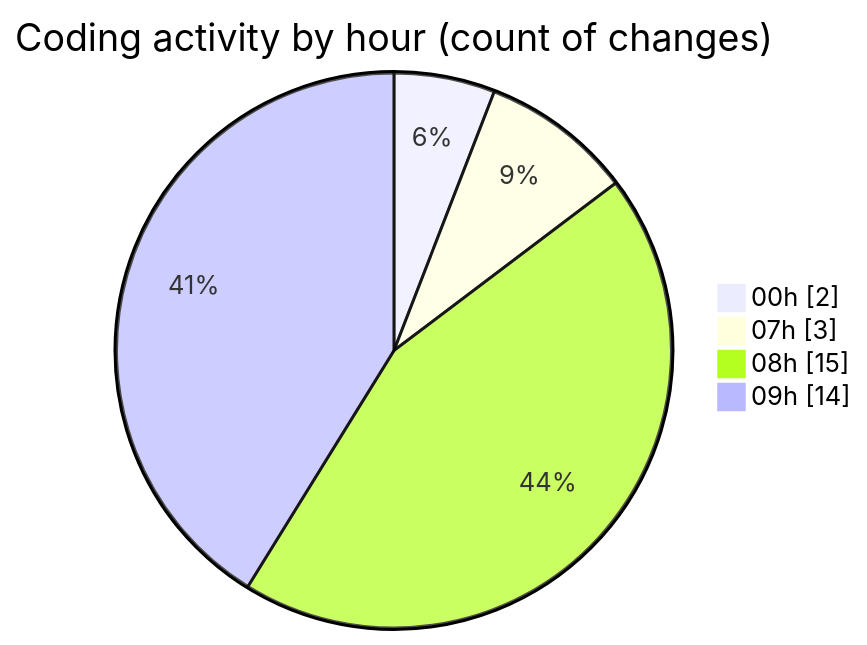
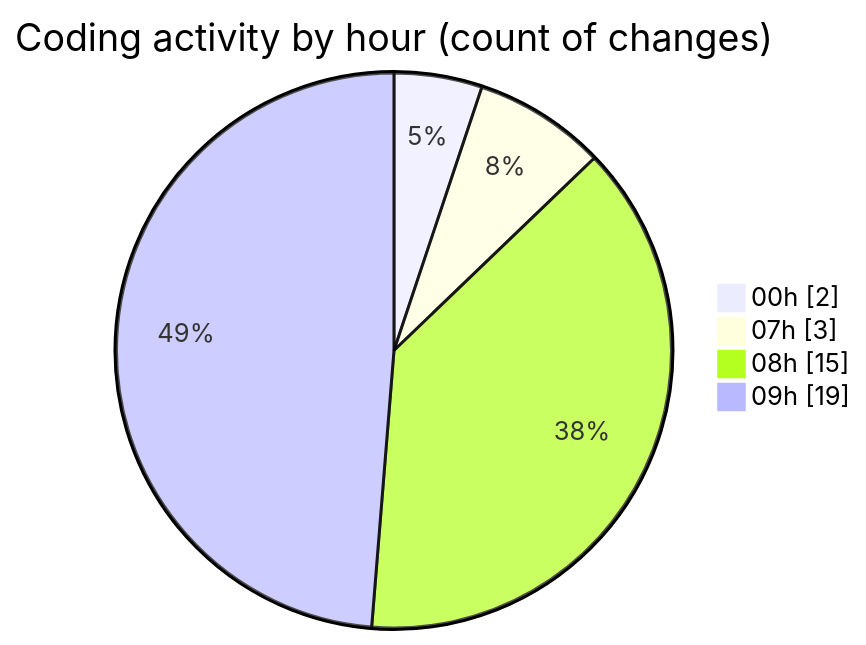
The second of 2 diagrams in 2025-02-10/maps_clone/README.md (donsfak/code-tracking), drawn with Mermaid before and after one commit. The commit also changed other lines of this file and 1 other file, not shown here.

````diff
--- a/2025-02-10/maps_clone/README.md
+++ b/2025-02-10/maps_clone/README.md
@@ -36,8 +38,8 @@
 ```mermaid
 pie showData
 title Coding activity by hour (count of changes)
 "00h" : 2
 "07h" : 3
 "08h" : 15
-"09h" : 14
+"09h" : 19
 ```
````
